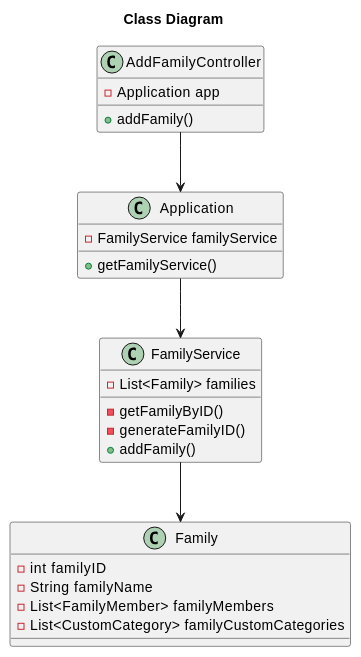
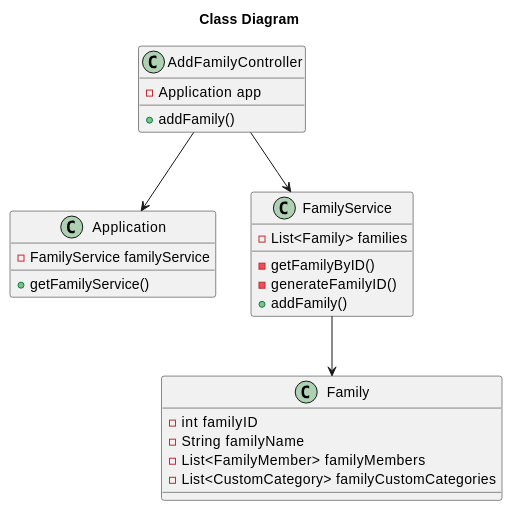
Before and after one commit to tomas-osswald/switch_2020_g3: the second of 2 diagrams in docs/sprint1/user_stories/US010_AddFamily.md, drawn with PlantUML. The commit also changed other lines of this file and 1 other file, not shown here.

````diff
--- a/docs/sprint1/user_stories/US010_AddFamily.md
+++ b/docs/sprint1/user_stories/US010_AddFamily.md
@@ -83,35 +81,35 @@
 ```puml
 @startuml
 
 title Class Diagram
 
 class AddFamilyController {
   - Application app
   + addFamily()
 }
 
 class Application {
   - FamilyService familyService
   + getFamilyService()
 }
 
 class FamilyService {
   - List<Family> families
   - getFamilyByID()
   - generateFamilyID()
   + addFamily()
 }
 
 class Family {
   - int familyID
   - String familyName
   - List<FamilyMember> familyMembers
   - List<CustomCategory> familyCustomCategories
 }
 
 AddFamilyController --> Application
-Application --> FamilyService
+AddFamilyController --> FamilyService
 FamilyService --> Family
 
 @enduml
 ```
````
